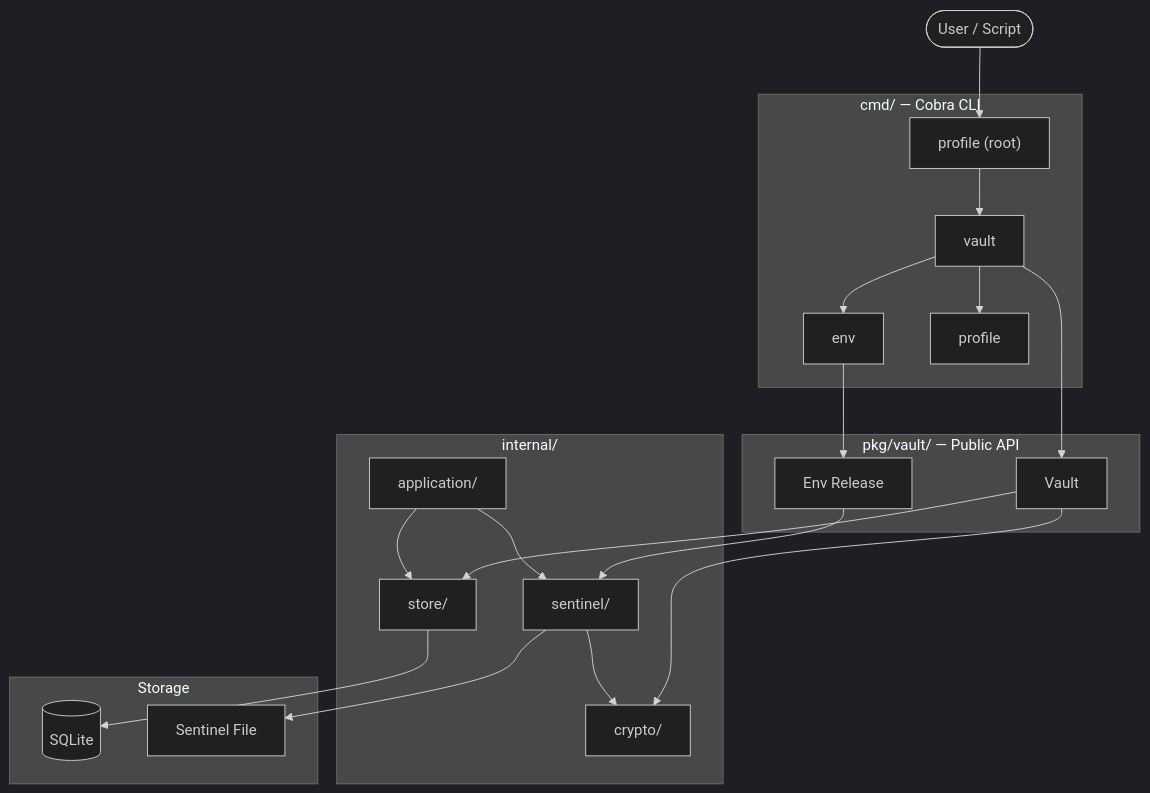
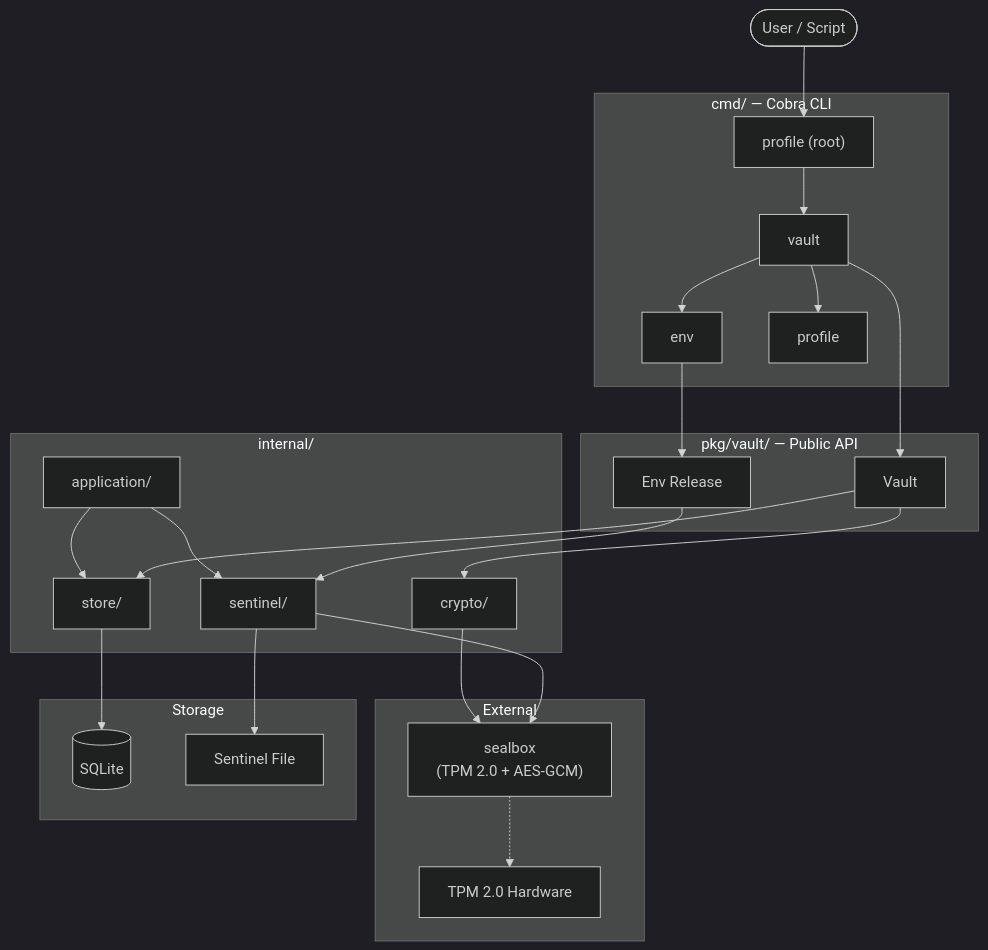
Before and after one commit to inovacc/anvil: the first of 14 diagrams in docs/ARCHITECTURE.md, drawn with Mermaid (dark theme). The commit also changed other lines of this file, not shown here.

First line of the commit message:
docs: update ARCHITECTURE.md with TPM sealing diagrams

````diff
--- a/docs/ARCHITECTURE.md
+++ b/docs/ARCHITECTURE.md
@@ -7,43 +7,50 @@
 ```mermaid
 graph TB
     User([User / Script])
 
     subgraph CLI["cmd/ — Cobra CLI"]
         Root["profile (root)"]
         VaultCmd["vault"]
         EnvCmd["env"]
         ProfileCmd["profile"]
     end
 
     subgraph Core["pkg/vault/ — Public API"]
         Vault["Vault"]
         EnvOps["Env Release"]
     end
 
     subgraph Internal["internal/"]
         Crypto["crypto/"]
         Sentinel["sentinel/"]
         Store["store/"]
         App["application/"]
     end
 
+    subgraph External["External"]
+        Sealbox["sealbox<br/>(TPM 2.0 + AES-GCM)"]
+        TPM["TPM 2.0 Hardware"]
+    end
+
     subgraph Storage["Storage"]
         DB[(SQLite)]
         FS["Sentinel File"]
     end
 
     User --> Root
     Root --> VaultCmd
     VaultCmd --> EnvCmd
     VaultCmd --> ProfileCmd
     VaultCmd --> Vault
     EnvCmd --> EnvOps
     Vault --> Crypto
     Vault --> Store
     EnvOps --> Sentinel
-    Sentinel --> Crypto
+    Sentinel --> Sealbox
+    Crypto --> Sealbox
+    Sealbox -.-> TPM
     Store --> DB
     Sentinel --> FS
     App --> Store
     App --> Sentinel
 ```
````
